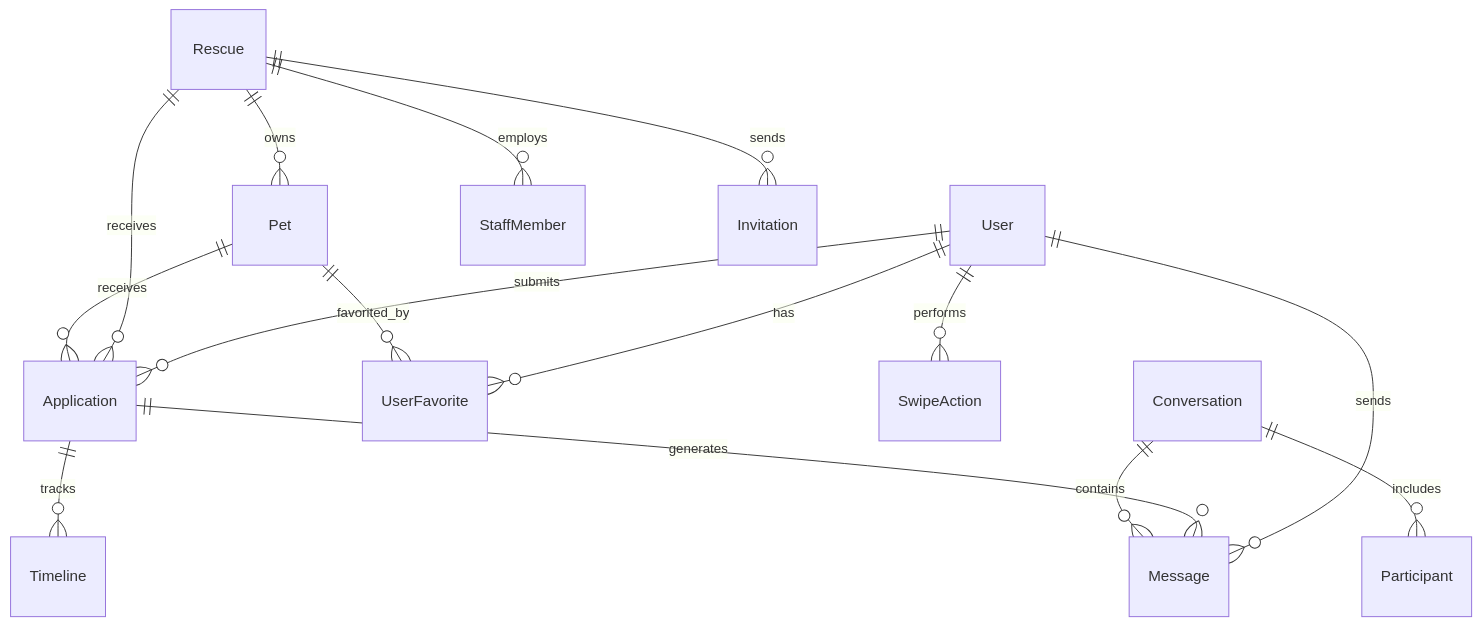
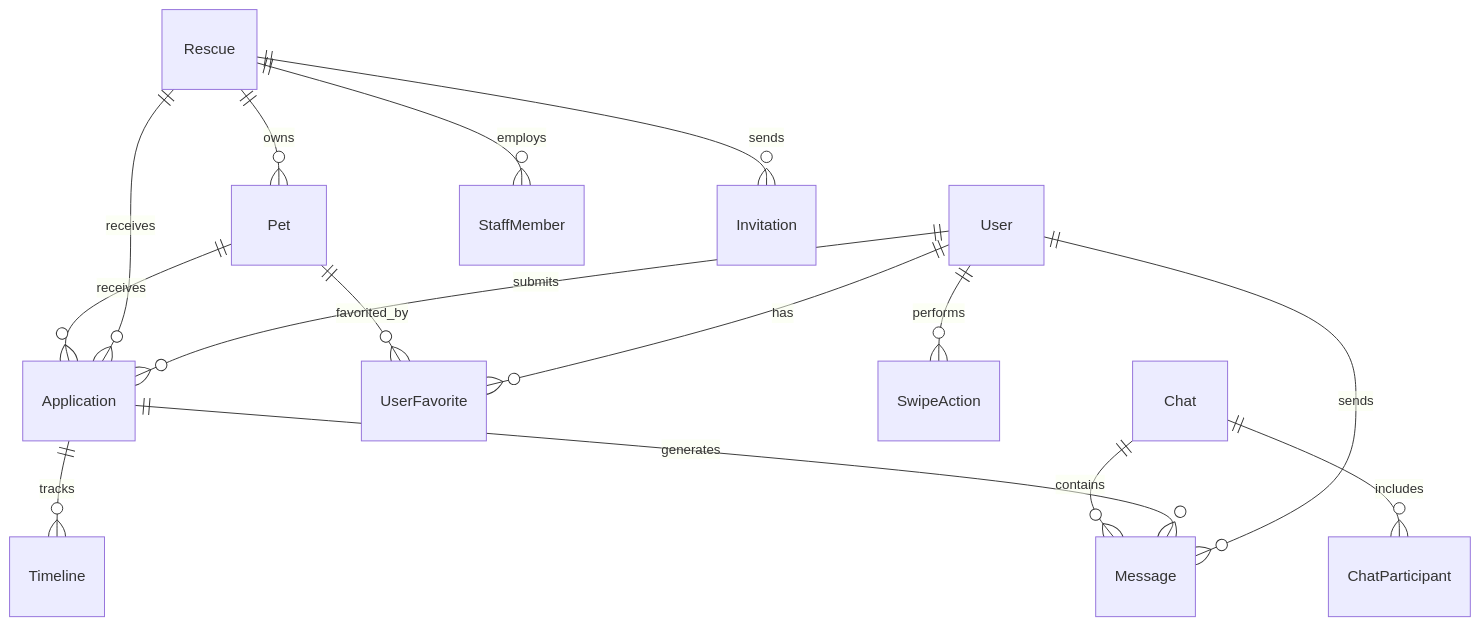
One commit to ideaSquared/adopt-dont-shop changed the diagram in docs/backend/database-schema.md. Above: the diagram before and after it, drawn with Mermaid. The commit also changed other lines of this file and 3 other files, not shown here.

````diff
--- a/docs/backend/database-schema.md
+++ b/docs/backend/database-schema.md
@@ -9,21 +9,21 @@
 ```mermaid
 erDiagram
     User ||--o{ Application : submits
     User ||--o{ Message : sends
     User ||--o{ UserFavorite : has
     User ||--o{ SwipeAction : performs
 
     Rescue ||--o{ Pet : owns
     Rescue ||--o{ StaffMember : employs
     Rescue ||--o{ Application : receives
     Rescue ||--o{ Invitation : sends
 
     Pet ||--o{ Application : receives
     Pet ||--o{ UserFavorite : favorited_by
 
     Application ||--o{ Timeline : tracks
     Application ||--o{ Message : generates
 
-    Conversation ||--o{ Message : contains
-    Conversation ||--o{ Participant : includes
+    Chat ||--o{ Message : contains
+    Chat ||--o{ ChatParticipant : includes
 ```
````
